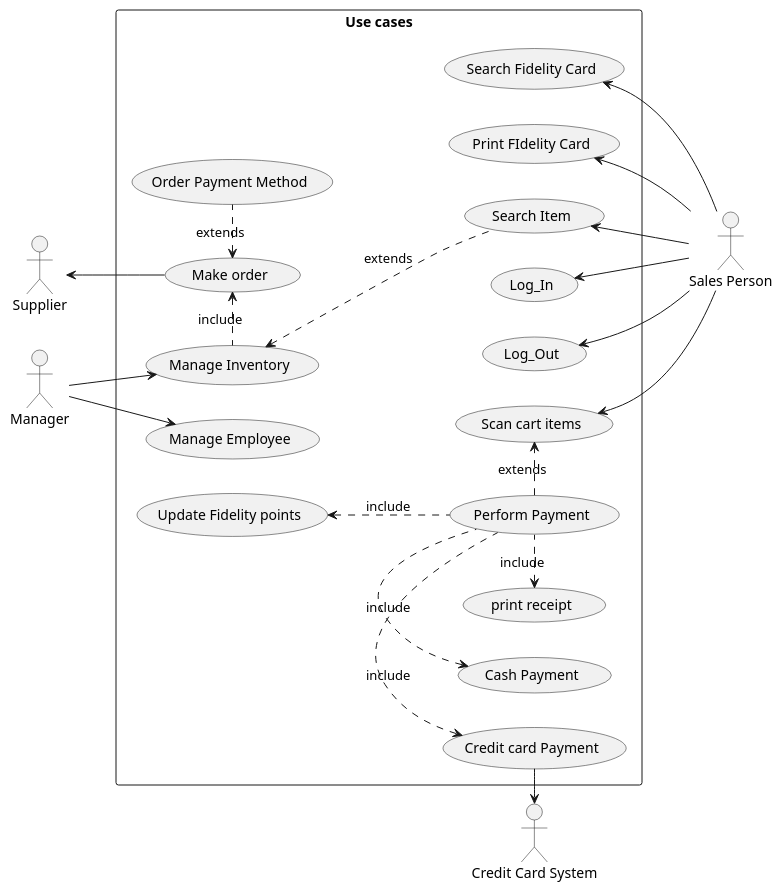
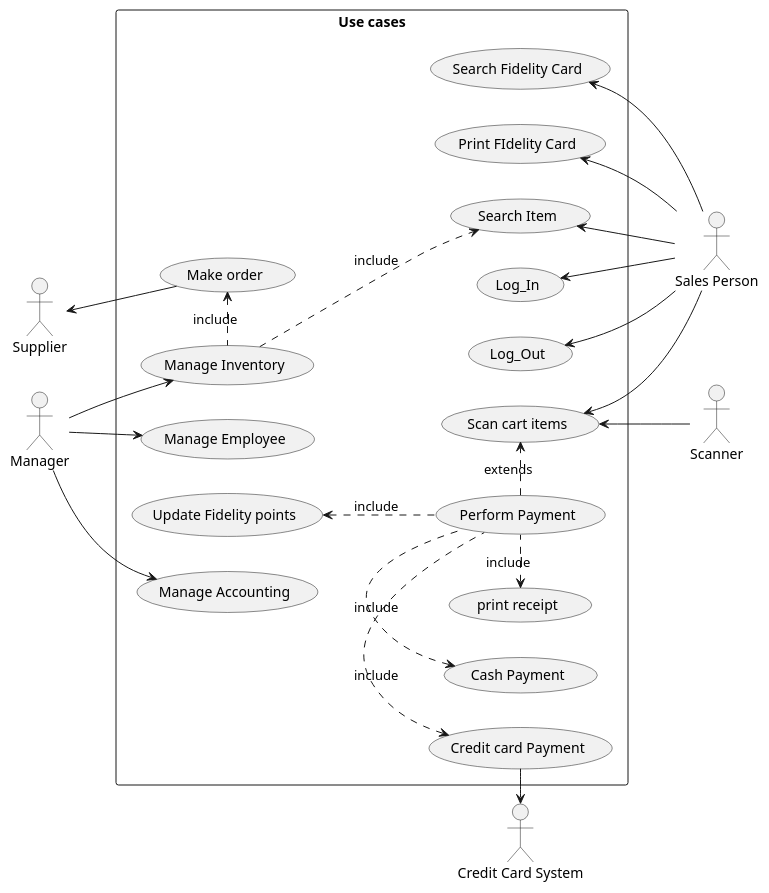
One commit to zitabou/EZShop changed the second of 5 diagrams in Deliverables/RequirementsDocument.md. Above: the diagram before and after it, drawn with PlantUML. The commit also changed other lines of this file, not shown here.

Commit message:
Update RequirementsDocument.md (FR, diagrams)

````diff
--- a/Deliverables/RequirementsDocument.md
+++ b/Deliverables/RequirementsDocument.md
@@ -168,73 +198,76 @@
 ```plantuml
 @startuml
 left to right direction
 actor Manager as m
 actor :Sales Person: as sp
 actor "Credit Card System" as ccs
 actor "Supplier" as sup
+actor "Scanner" as scanner
 
 rectangle "Use cases"{
 usecase "Manage Inventory" as mi
 usecase "Manage Employee" as me
 usecase "Make order" as mo
-usecase "Order Payment Method" as opm
+usecase "Manage Accounting" as ma
 
 usecase "Perform Payment" as pp
 usecase "Credit card Payment" as cc
 usecase "Cash Payment" as cash
 
 usecase "Search Item" as si
 usecase "Scan cart items" as scan
 usecase "print receipt" as pr
 usecase "Log_In" as li
 usecase "Log_Out" as lo
 usecase "Print FIdelity Card" as pfc
-usecase "Update Fidelity points" as ufc
+usecase "Update Fidelity points" as ufp
 usecase "Search Fidelity Card" as sfc
 
 
 
 mi -[hidden]down- si
 mo -[hidden]right- mi
 
 si -[hidden]left- li
 li -[hidden]left- lo
 
 cc -[hidden]right- cash
 pp -[hidden]up- mi
 
 sup -[hidden]right- m
 mi -[hidden]left- me
 
 pfc -[hidden]left- si
-ufc -[hidden]right- me
+ufp -[hidden]right- me
 sfc -[hidden]left- pfc
 }
 
 
 m --> mi
 m --> me
+m --> ma
+
 
 sp-up->si
 sp-up->scan
 sp-up->li
 sp-up->lo
 sp-up->pfc
 sp-up->sfc
 
+scanner -up-> scan
 
 mo -> sup
 me -[hidden]down- pp
 
 cc -left-> ccs
 
 pr   <.   pp :include
 cash <.   pp :include
 cc   <.   pp :include
 mo   <.r. mi :include
-ufc  <.r. pp :include
-mi   <.   si :extends
-opm  .l.> mo :extends
-pp   .> scan :extends
+ufp  <.r. pp :include
+mi   .>   si :include
+pp   .>   scan :extends
 @enduml
 ```
````
